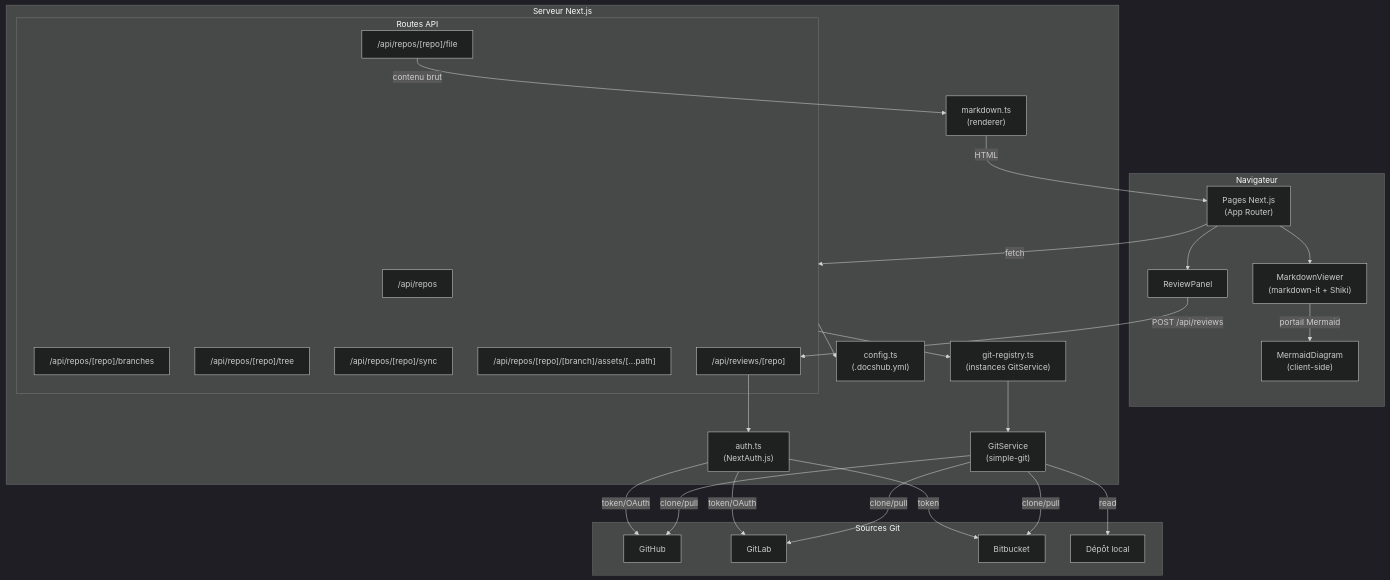
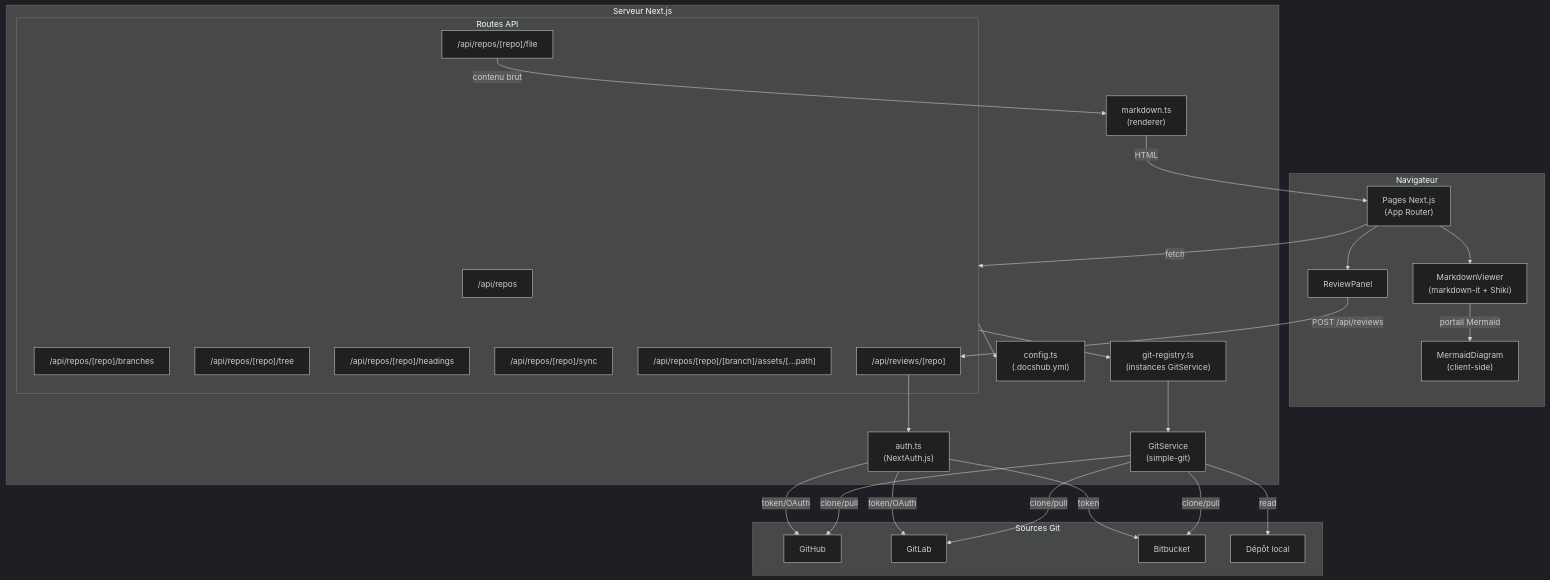
The first of 7 diagrams in docs/architecture.md (francois76/docsHub), drawn with Mermaid (dark theme) before and after one commit. The commit also changed other lines of this file and 7 other files, not shown here.

````diff
--- a/docs/architecture.md
+++ b/docs/architecture.md
@@ -9,52 +9,53 @@
 ```mermaid
 flowchart TD
     subgraph Client["Navigateur"]
         UI["Pages Next.js\n(App Router)"]
         MD["MarkdownViewer\n(markdown-it + Shiki)"]
         MM["MermaidDiagram\n(client-side)"]
         RP["ReviewPanel"]
     end
 
     subgraph Server["Serveur Next.js"]
         CFG["config.ts\n(.docshub.yml)"]
         REG["git-registry.ts\n(instances GitService)"]
         GS["GitService\n(simple-git)"]
         MK["markdown.ts\n(renderer)"]
         AUTH["auth.ts\n(NextAuth.js)"]
         subgraph API["Routes API"]
             AR["/api/repos"]
             ABR["/api/repos/[repo]/branches"]
             ATR["/api/repos/[repo]/tree"]
             AF["/api/repos/[repo]/file"]
+            AH["/api/repos/[repo]/headings"]
             AS["/api/repos/[repo]/sync"]
             AAS["/api/repos/[repo]/[branch]/assets/[...path]"]
             ARV["/api/reviews/[repo]"]
         end
     end
 
     subgraph Git["Sources Git"]
         GH["GitHub"]
         GL["GitLab"]
         BB["Bitbucket"]
         LOC["Dépôt local"]
     end
 
     UI -->|fetch| API
     API --> CFG
     API --> REG
     REG --> GS
     GS -->|clone/pull| GH
     GS -->|clone/pull| GL
     GS -->|clone/pull| BB
     GS -->|read| LOC
     AF -->|contenu brut| MK
     MK -->|HTML| UI
     UI --> MD
     MD -->|portail Mermaid| MM
     ARV --> AUTH
     AUTH -->|token/OAuth| GH
     AUTH -->|token/OAuth| GL
     AUTH -->|token| BB
     UI --> RP
     RP -->|POST /api/reviews| ARV
 ```
````
